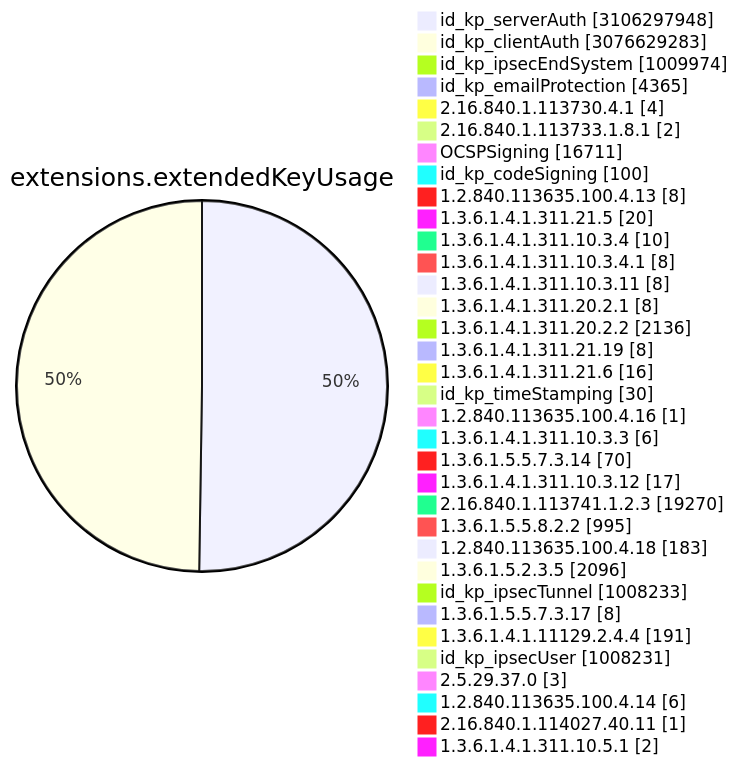
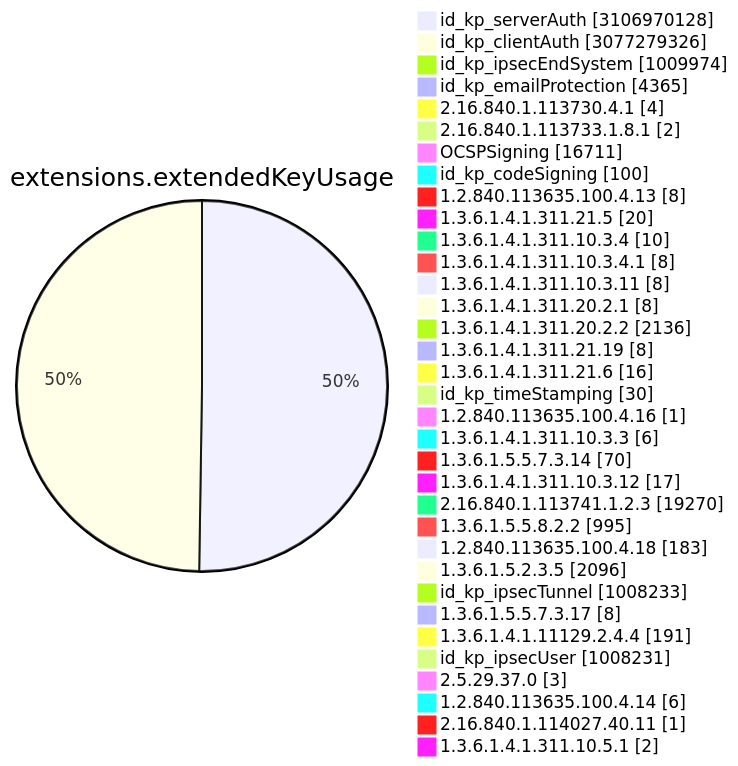
Diagram 11 of 15 in TOTAL/README.md (christiankrug/ctmonitor_visualization), drawn with Mermaid before and after one commit. The commit also changed other lines of this file, not shown here.

````diff
--- a/TOTAL/README.md
+++ b/TOTAL/README.md
@@ -4117,38 +4117,38 @@
 ```mermaid
 pie showData
 title extensions.extendedKeyUsage
-"id_kp_serverAuth" :3106297948
-"id_kp_clientAuth" :3076629283
+"id_kp_serverAuth" :3106970128
+"id_kp_clientAuth" :3077279326
 "id_kp_ipsecEndSystem" :1009974
 "id_kp_emailProtection" :4365
 "2.16.840.1.113730.4.1" :4
 "2.16.840.1.113733.1.8.1" :2
 "OCSPSigning" :16711
 "id_kp_codeSigning" :100
 "1.2.840.113635.100.4.13" :8
 "1.3.6.1.4.1.311.21.5" :20
 "1.3.6.1.4.1.311.10.3.4" :10
 "1.3.6.1.4.1.311.10.3.4.1" :8
 "1.3.6.1.4.1.311.10.3.11" :8
 "1.3.6.1.4.1.311.20.2.1" :8
 "1.3.6.1.4.1.311.20.2.2" :2136
 "1.3.6.1.4.1.311.21.19" :8
 "1.3.6.1.4.1.311.21.6" :16
 "id_kp_timeStamping" :30
 "1.2.840.113635.100.4.16" :1
 "1.3.6.1.4.1.311.10.3.3" :6
 "1.3.6.1.5.5.7.3.14" :70
 "1.3.6.1.4.1.311.10.3.12" :17
 "2.16.840.1.113741.1.2.3" :19270
 "1.3.6.1.5.5.8.2.2" :995
 "1.2.840.113635.100.4.18" :183
 "1.3.6.1.5.2.3.5" :2096
 "id_kp_ipsecTunnel" :1008233
 "1.3.6.1.5.5.7.3.17" :8
 "1.3.6.1.4.1.11129.2.4.4" :191
 "id_kp_ipsecUser" :1008231
 "2.5.29.37.0" :3
 "1.2.840.113635.100.4.14" :6
 "2.16.840.1.114027.40.11" :1
 "1.3.6.1.4.1.311.10.5.1" :2
 ```
````
